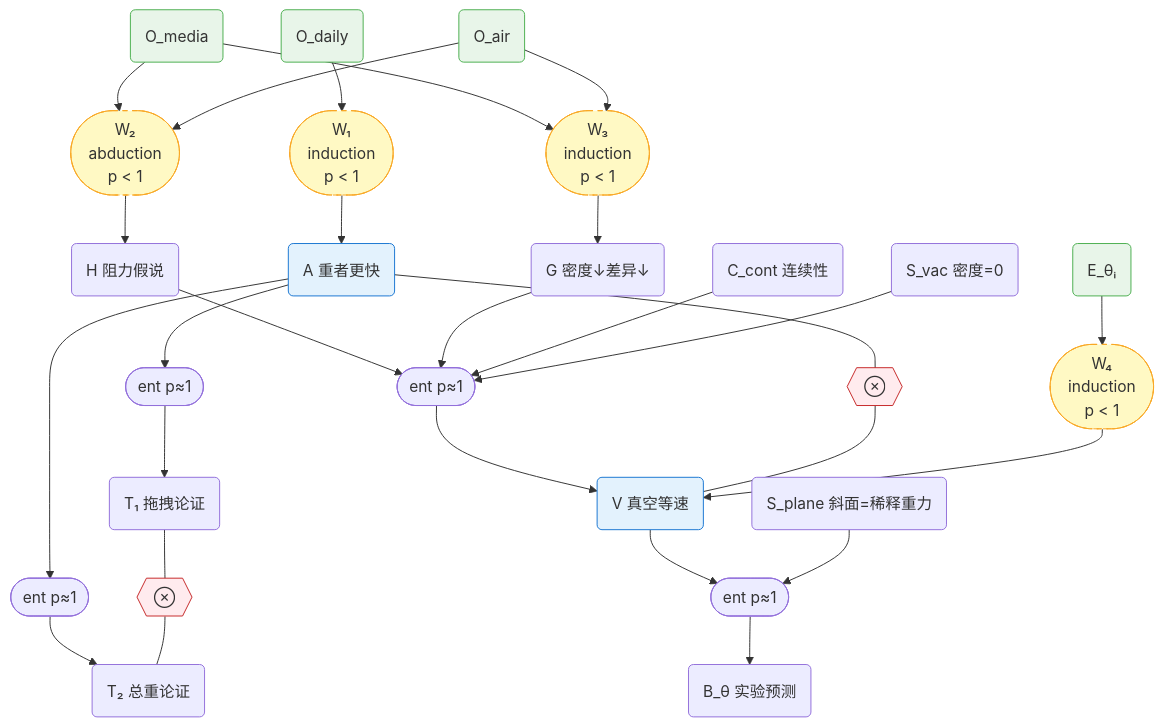
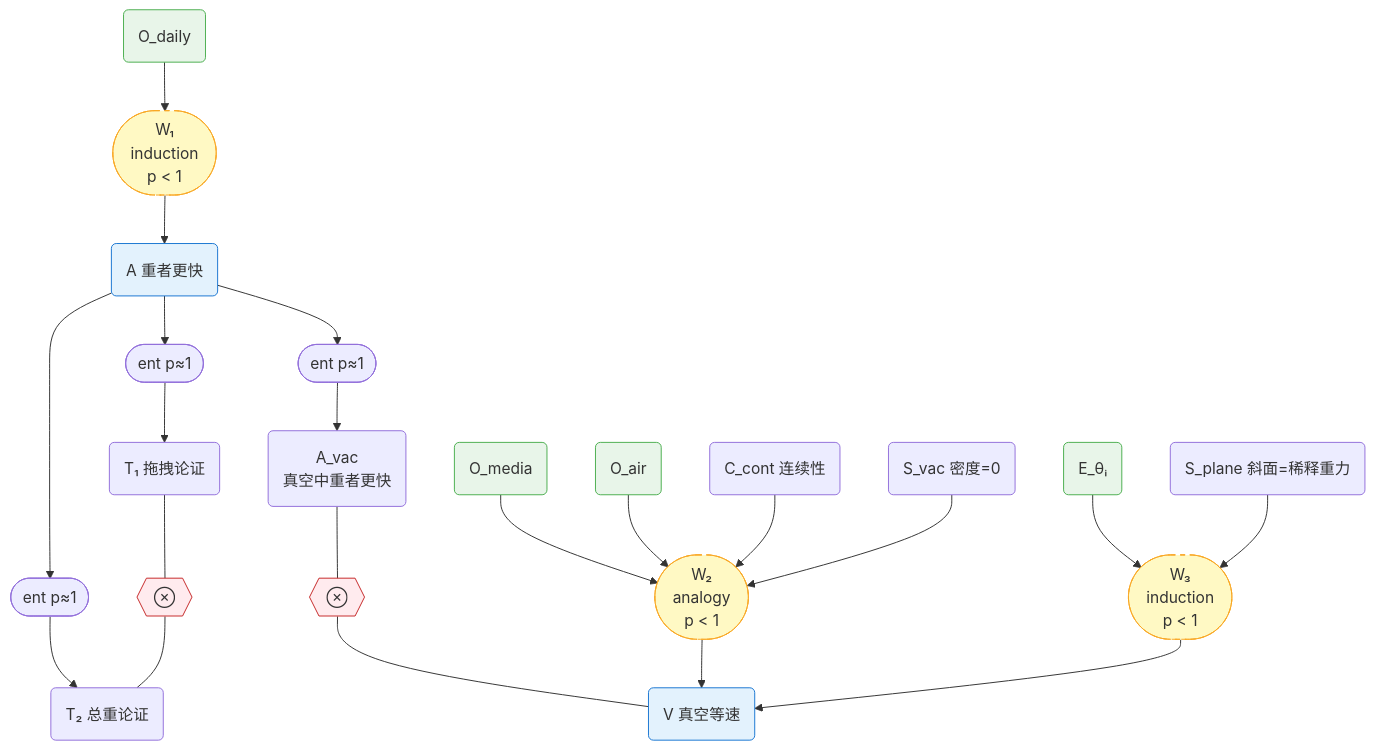
Before and after one commit to SiliconEinstein/Gaia: the fourth of 11 diagrams in docs/foundations/theory/science-formalization.md, drawn with Mermaid. The commit also changed other lines of this file, not shown here.

First line of the commit message:
docs: restructure coarse factor graph — analogy weakpoint, A_vac, explaining away

````diff
--- a/docs/foundations/theory/science-formalization.md
+++ b/docs/foundations/theory/science-formalization.md
@@ -243,36 +230,27 @@
 ```mermaid
 graph TD
-    %% Path 1: Media → Vacuum
-    H("H 阻力假说") --> f1(["ent p≈1"])
-    G("G 密度↓差异↓") --> f1
-    Ccont("C_cont 连续性") --> f1
-    Svac("S_vac 密度=0") --> f1
-    f1 --> V("V 真空等速")
-
-    %% Path 2: Inclined plane
-    V --> f2(["ent p≈1"])
-    Splane("S_plane 斜面=稀释重力") --> f2
-    f2 --> Btheta("B_θ 实验预测")
-
-    %% Logic path: Refute A
-    A("A 重者更快") --> fA1(["ent p≈1"]) --> T1("T₁ 拖拽论证")
+    %% Conclusion A
+    Odaily("O_daily"):::obs --> w1(["W₁<br/>induction<br/>p < 1"]):::weak --> A("A 重者更快"):::concl
+    A --> fA1(["ent p≈1"]) --> T1("T₁ 拖拽论证")
     A --> fA2(["ent p≈1"]) --> T2("T₂ 总重论证")
     T1 --- contra1{{"⊗"}}:::contra --- T2
+    A --> fAvac(["ent p≈1"]) --> Avac("A_vac<br/>真空中重者更快")
+    Avac --- contra2{{"⊗"}}:::contra --- V
 
-    %% Constraint: A vs V
-    A --- contra2{{"⊗"}}:::contra --- V
+    %% Conclusion V — analogy path
+    Omedia("O_media"):::obs --> w2(["W₂<br/>analogy<br/>p < 1"]):::weak
+    Oair("O_air"):::obs --> w2
+    Ccont("C_cont 连续性") --> w2
+    Svac("S_vac 密度=0") --> w2
+    w2 --> V("V 真空等速"):::concl
 
-    %% Weakpoints as factor nodes (p < 1, to be decomposed)
-    Odaily("O_daily"):::obs --> w1(["W₁<br/>induction<br/>p < 1"]):::weak --> A
-    Omedia("O_media"):::obs --> w2(["W₂<br/>abduction<br/>p < 1"]):::weak --> H
-    Oair("O_air"):::obs --> w2
-    Omedia --> w3(["W₃<br/>induction<br/>p < 1"]):::weak --> G
-    Oair --> w3
-    Etheta("E_θᵢ"):::obs --> w4(["W₄<br/>induction<br/>p < 1"]):::weak --> V
+    %% Conclusion V — experiment path
+    Etheta("E_θᵢ"):::obs --> w3(["W₃<br/>induction<br/>p < 1"]):::weak
+    Splane("S_plane 斜面=稀释重力") --> w3
+    w3 --> V
 
     classDef obs fill:#e8f5e9,stroke:#4caf50
     classDef concl fill:#e3f2fd,stroke:#1976d2
     classDef contra fill:#ffebee,stroke:#c62828
     classDef weak fill:#fff9c4,stroke:#f9a825,stroke-dasharray: 5 5
-    class A,V concl
 ```
````
